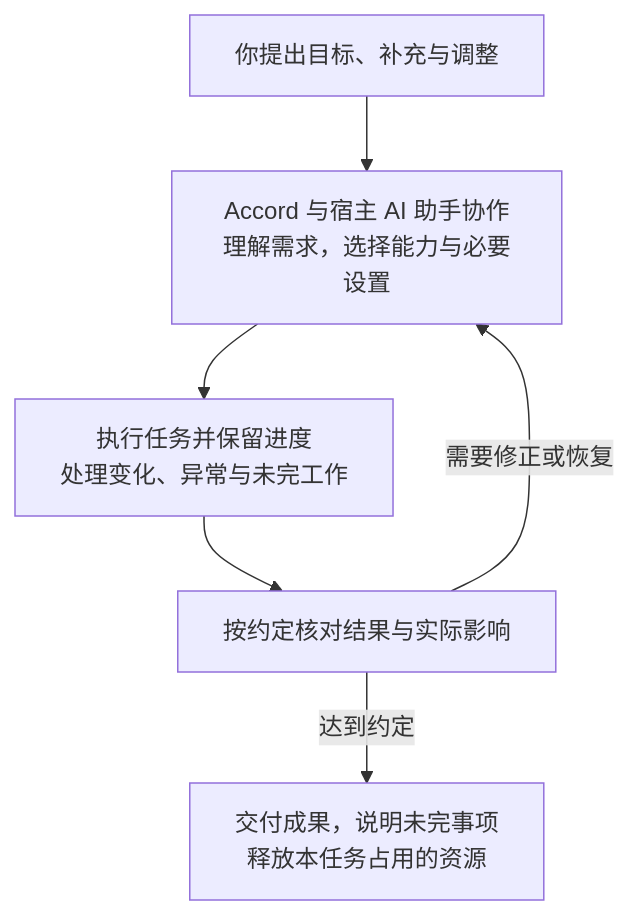
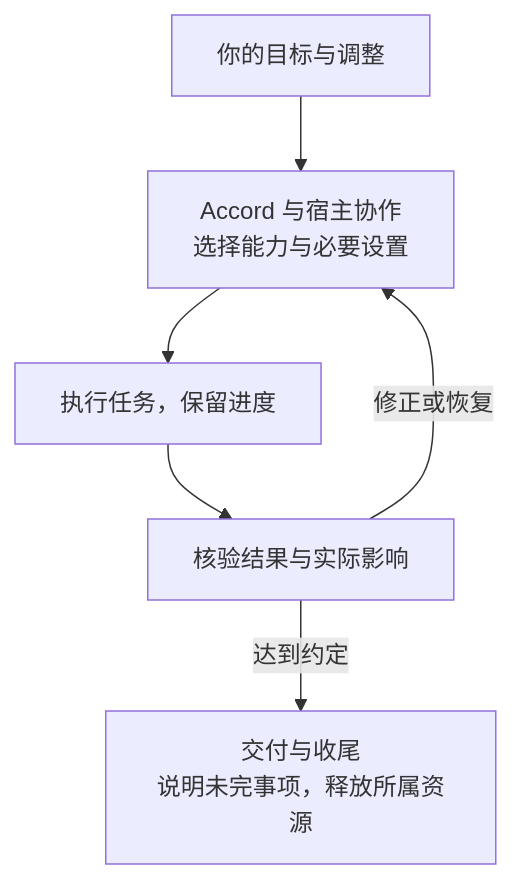
Before and after one commit to yiheng8023/YIYUAN-Accord: the diagram in README.zh-CN.md, drawn with Mermaid. The commit also changed 1 other file, not shown here.

Commit message:
docs: shorten overview diagram labels for readability [skip ci]

````diff
--- a/README.zh-CN.md
+++ b/README.zh-CN.md
@@ -47,8 +47,8 @@
 ```mermaid
 flowchart TD
-    U["你提出目标、补充与调整"] --> A["Accord 与宿主 AI 助手协作<br/>理解需求，选择能力与必要设置"]
-    A --> E["执行任务并保留进度<br/>处理变化、异常与未完工作"]
-    E --> V["按约定核对结果与实际影响"]
-    V -->|需要修正或恢复| A
-    V -->|达到约定| R["交付成果，说明未完事项<br/>释放本任务占用的资源"]
+    U["你的目标与调整"] --> A["Accord 与宿主协作<br/>选择能力与必要设置"]
+    A --> E["执行任务，保留进度"]
+    E --> V["核验结果与实际影响"]
+    V -->|修正或恢复| A
+    V -->|达到约定| R["交付与收尾<br/>说明未完事项，释放所属资源"]
 ```
````
